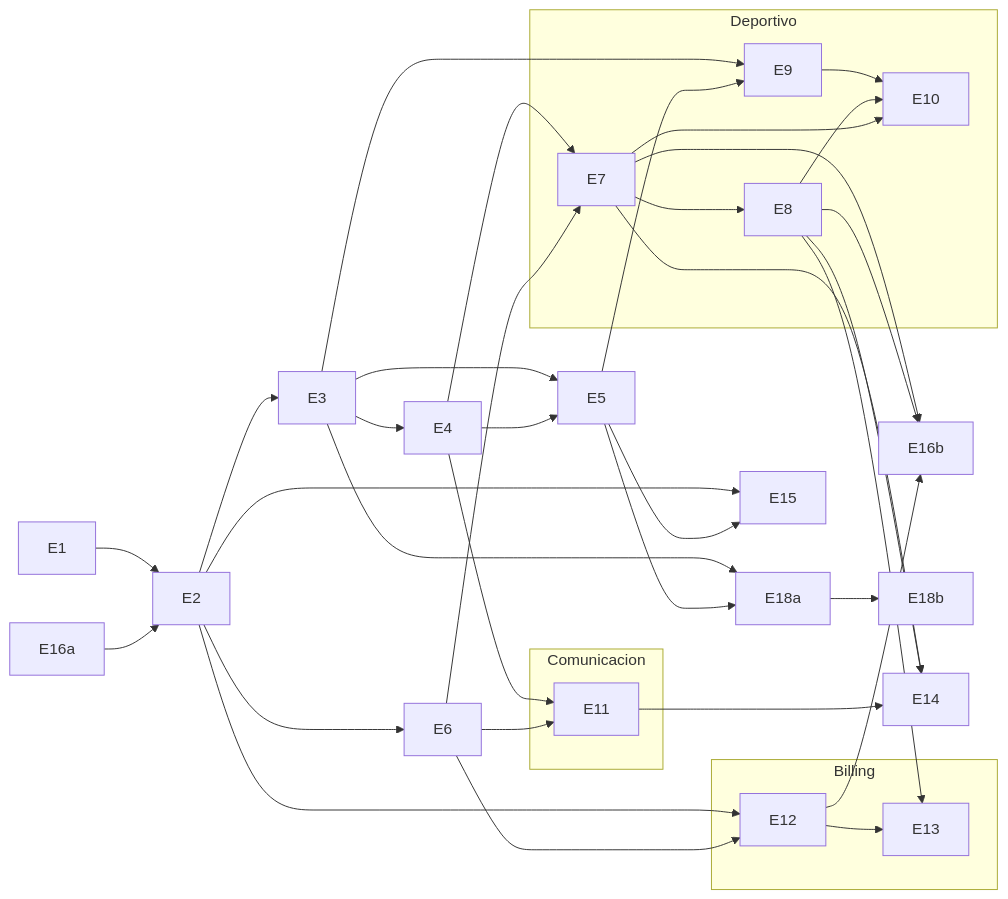
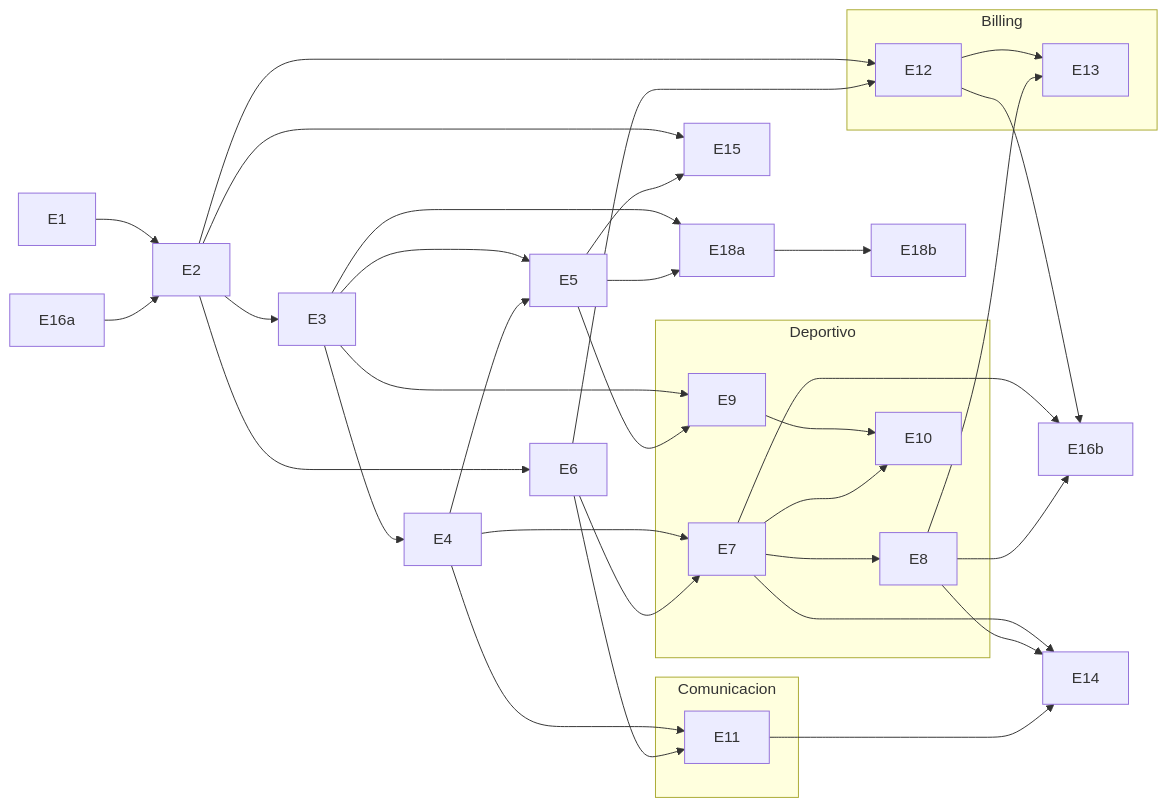
The diagram in docs/plan-maestro.md (cjgomezr/sea-dragons-web), drawn with Mermaid before and after one commit. The commit also changed other lines of this file and 1 other file, not shown here.

````diff
--- a/docs/plan-maestro.md
+++ b/docs/plan-maestro.md
@@ -175,42 +185,41 @@
 ```mermaid
 graph LR
   E1 --> E2 --> E3 --> E4
   E16a --> E2
   E7 --> E16b
   E8 --> E16b
   E12 --> E16b
   E3 --> E5
   E4 --> E5
   E2 --> E6
 
   subgraph Deportivo
     E7 --> E8
     E9 --> E10
-    E8 --> E10
     E7 --> E10
   end
   subgraph Comunicacion
     E11
   end
   subgraph Billing
     E12 --> E13
   end
 
   E4 --> E7
   E6 --> E7
   E3 --> E9
   E5 --> E9
   E4 --> E11
   E6 --> E11
   E2 --> E12
   E6 --> E12
   E8 --> E13
   E2 --> E15
   E5 --> E15
   E3 --> E18a
   E5 --> E18a
   E18a --> E18b
   E7 --> E14
   E8 --> E14
   E11 --> E14
 ```
````
